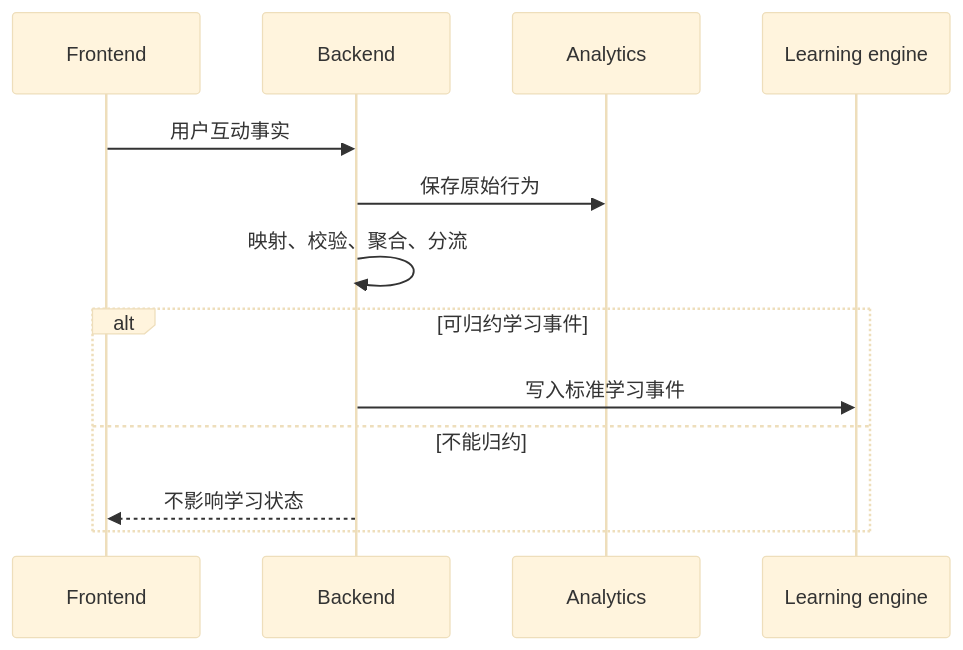
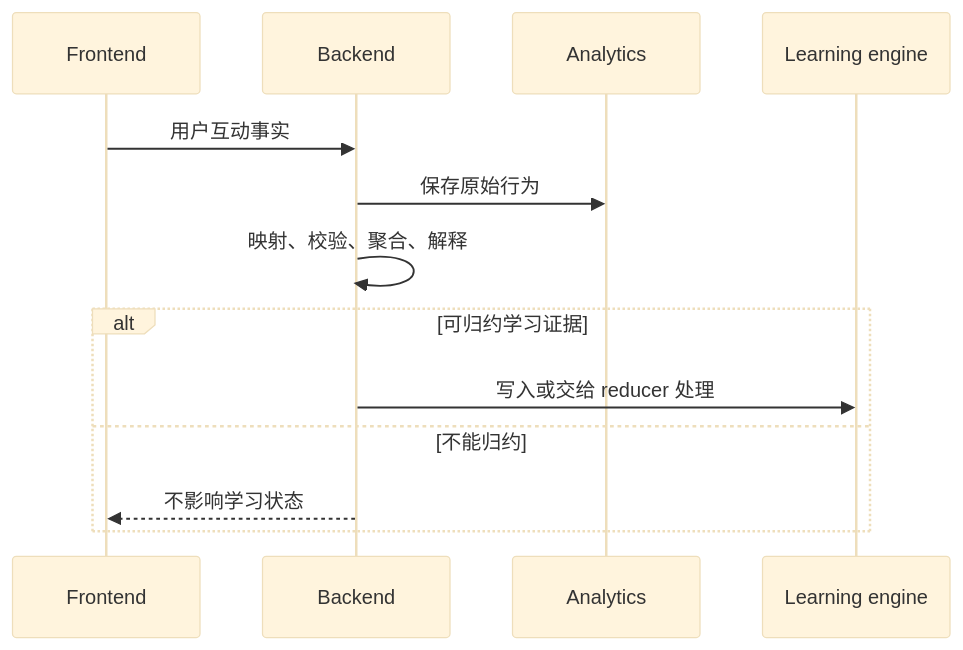
Diagram 13 of 13 in docs/学习互动信号语义设计.md (bionicotaku/learning-video-recommendation-system), drawn with Mermaid (base theme) before and after one commit. The commit also changed other lines of this file and 5 other files, not shown here.

````diff
--- a/docs/学习互动信号语义设计.md
+++ b/docs/学习互动信号语义设计.md
@@ -407,16 +625,16 @@
 ```mermaid
 sequenceDiagram
     participant FE as Frontend
     participant BE as Backend
     participant AN as Analytics
     participant LE as Learning engine
 
     FE->>BE: 用户互动事实
     BE->>AN: 保存原始行为
-    BE->>BE: 映射、校验、聚合、分流
-    alt 可归约学习事件
-        BE->>LE: 写入标准学习事件
+    BE->>BE: 映射、校验、聚合、解释
+    alt 可归约学习证据
+        BE->>LE: 写入或交给 reducer 处理
     else 不能归约
         BE-->>FE: 不影响学习状态
     end
 ```
````
